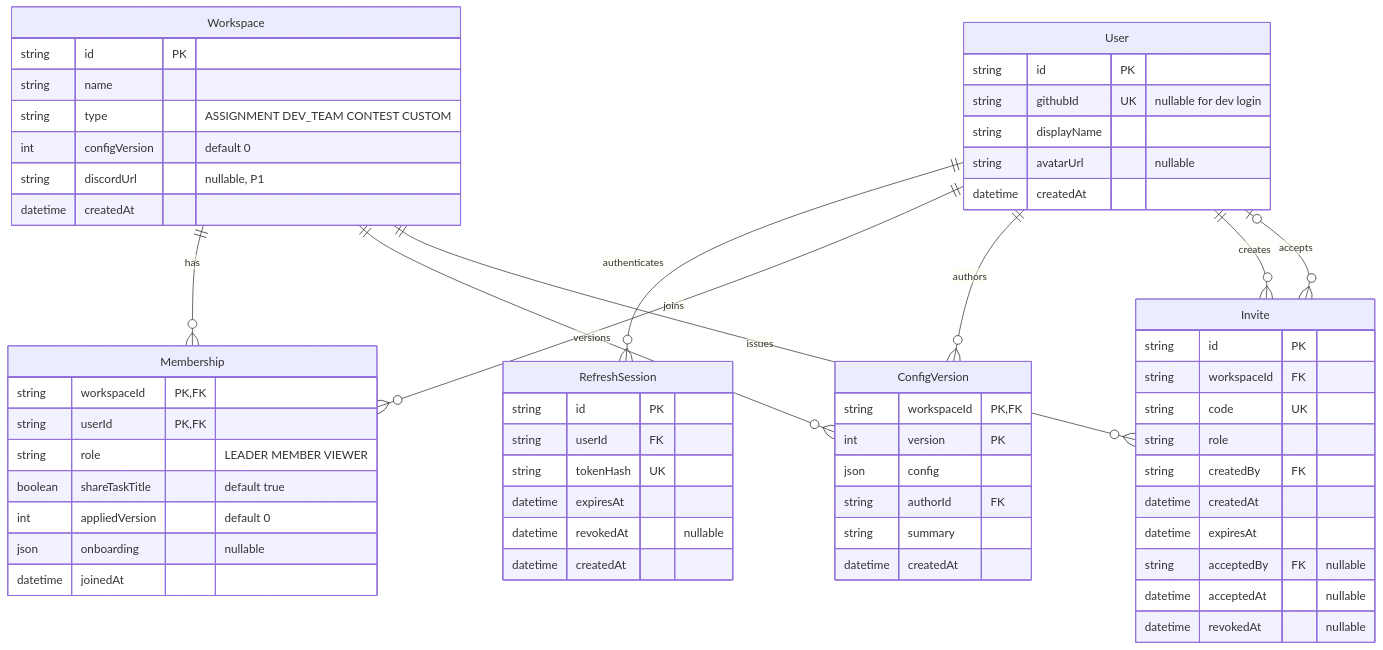
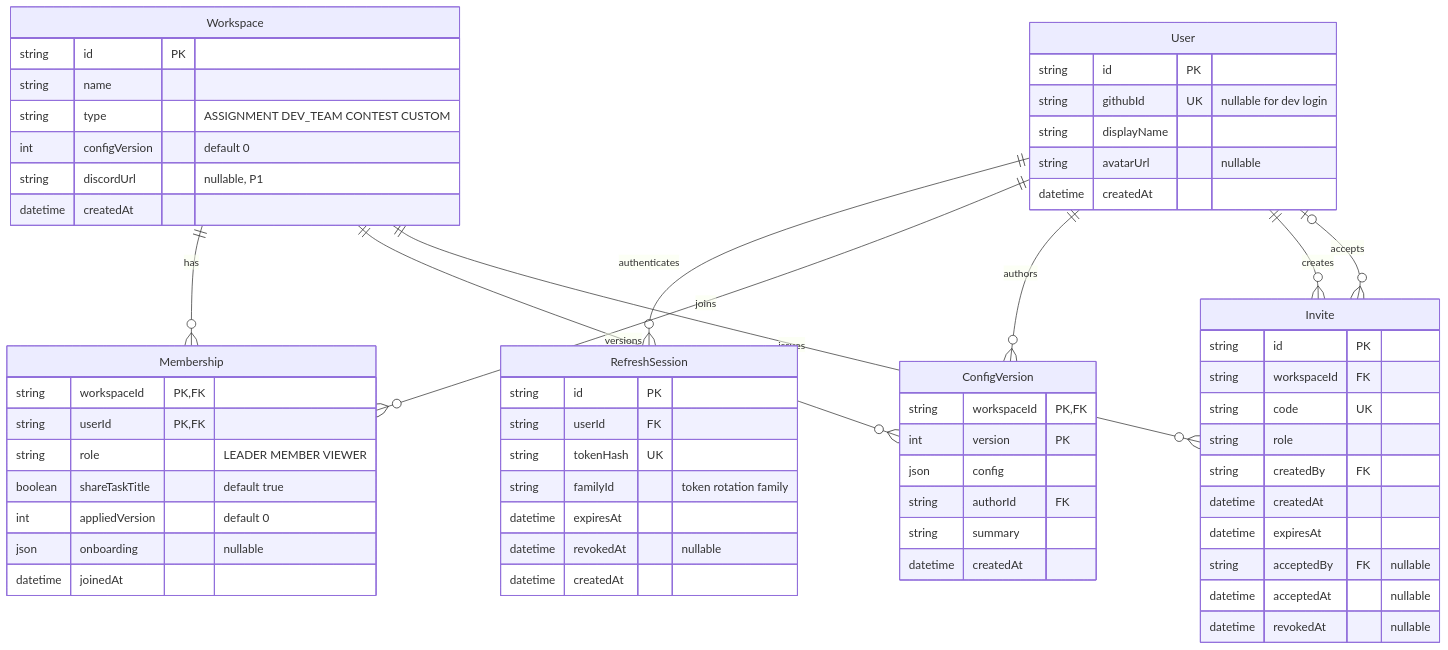
One commit to gymdong/SW_cadora changed the first of 3 diagrams in docs/ERD.md. Above: the diagram before and after it, drawn with Mermaid. The commit also changed other lines of this file and 6 other files, not shown here.

````diff
--- a/docs/ERD.md
+++ b/docs/ERD.md
@@ -25,64 +25,65 @@
 ```mermaid
 erDiagram
     User ||--o{ RefreshSession : authenticates
     User ||--o{ Membership : joins
     Workspace ||--o{ Membership : has
     Workspace ||--o{ ConfigVersion : versions
     User ||--o{ ConfigVersion : authors
     Workspace ||--o{ Invite : issues
     User ||--o{ Invite : creates
     User o|--o{ Invite : accepts
 
     User {
         string id PK
         string githubId UK "nullable for dev login"
         string displayName
         string avatarUrl "nullable"
         datetime createdAt
     }
     RefreshSession {
         string id PK
         string userId FK
         string tokenHash UK
+        string familyId "token rotation family"
         datetime expiresAt
         datetime revokedAt "nullable"
         datetime createdAt
     }
     Workspace {
         string id PK
         string name
         string type "ASSIGNMENT DEV_TEAM CONTEST CUSTOM"
         int configVersion "default 0"
         string discordUrl "nullable, P1"
         datetime createdAt
     }
     Membership {
         string workspaceId PK, FK
         string userId PK, FK
         string role "LEADER MEMBER VIEWER"
         boolean shareTaskTitle "default true"
         int appliedVersion "default 0"
         json onboarding "nullable"
         datetime joinedAt
     }
     ConfigVersion {
         string workspaceId PK, FK
         int version PK
         json config
         string authorId FK
         string summary
         datetime createdAt
     }
     Invite {
         string id PK
         string workspaceId FK
         string code UK
         string role
         string createdBy FK
         datetime createdAt
         datetime expiresAt
         string acceptedBy FK "nullable"
         datetime acceptedAt "nullable"
         datetime revokedAt "nullable"
     }
 ```
````
